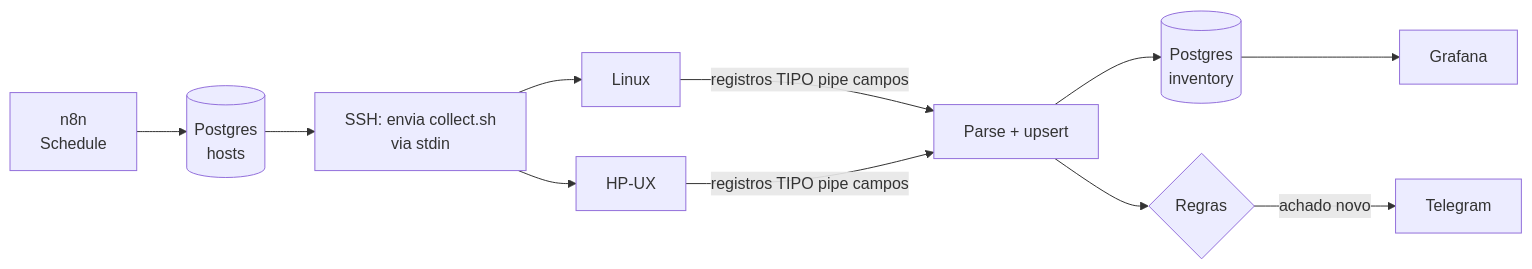
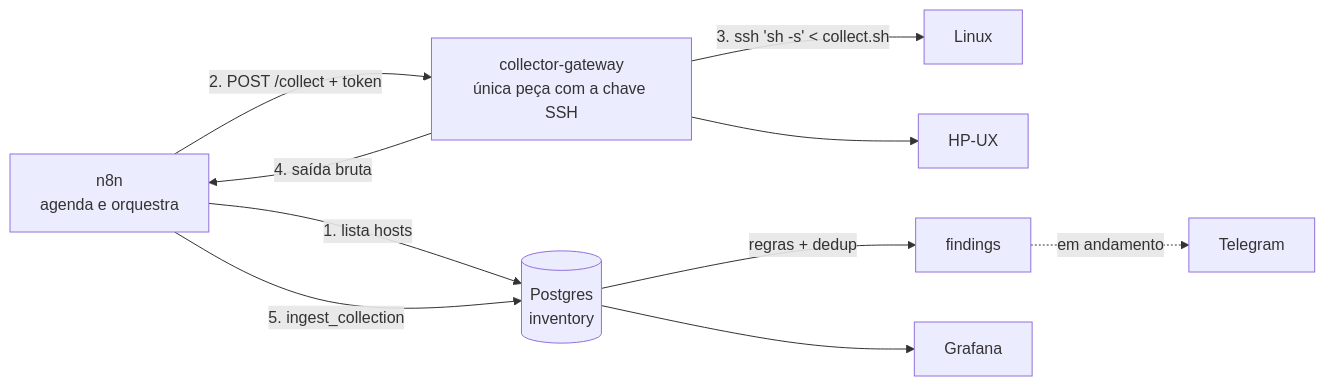
One commit to aguinaldomneto/agentless-fleet-audit changed the diagram in README.md. Above: the diagram before and after it, drawn with Mermaid. The commit also changed other lines of this file and 14 other files, not shown here.

First line of the commit message:
feat: coleta ponta a ponta com gateway SSH, ingestão transacional e regras

````diff
--- a/README.md
+++ b/README.md
@@ -18,12 +18,12 @@
 ```mermaid
 flowchart LR
-    S[n8n<br/>Schedule] --> H[(Postgres<br/>hosts)]
-    H --> X[SSH: envia collect.sh<br/>via stdin]
-    X --> T1[Linux]
-    X --> T2[HP-UX]
-    T1 & T2 -->|registros TIPO pipe campos| P[Parse + upsert]
-    P --> DB[(Postgres<br/>inventory)]
-    P --> R{Regras}
-    R -->|achado novo| A[Telegram]
+    N[n8n<br/>agenda e orquestra] -->|1. lista hosts| DB[(Postgres<br/>inventory)]
+    N -->|2. POST /collect + token| GW[collector-gateway<br/>única peça com a chave SSH]
+    GW -->|3. ssh 'sh -s' < collect.sh| T1[Linux]
+    GW --> T2[HP-UX]
+    GW -->|4. saída bruta| N
+    N -->|5. ingest_collection| DB
+    DB -->|regras + dedup| F[findings]
+    F -.->|em andamento| A[Telegram]
     DB --> G[Grafana]
 ```
````
